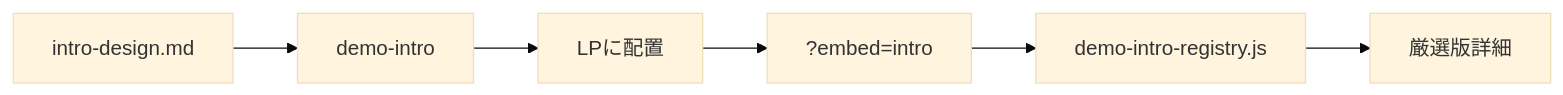
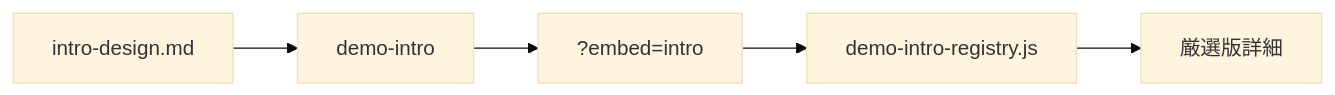
The diagram in docs/impl/demo-intro-rollout-plan.md (ideal-tomy/axeon_demo_selection), drawn with Mermaid (base theme) before and after one commit. The commit also changed other lines of this file and 2 other files, not shown here.

````diff
--- a/docs/impl/demo-intro-rollout-plan.md
+++ b/docs/impl/demo-intro-rollout-plan.md
@@ -48,8 +48,7 @@
 ```mermaid
 flowchart LR
   design[intro-design.md] --> engine[demo-intro]
-  engine --> top[LPに配置]
-  top --> embed["?embed=intro"]
+  engine --> embed["?embed=intro"]
   embed --> registry[demo-intro-registry.js]
   registry --> detail[厳選版詳細]
 ```
````
